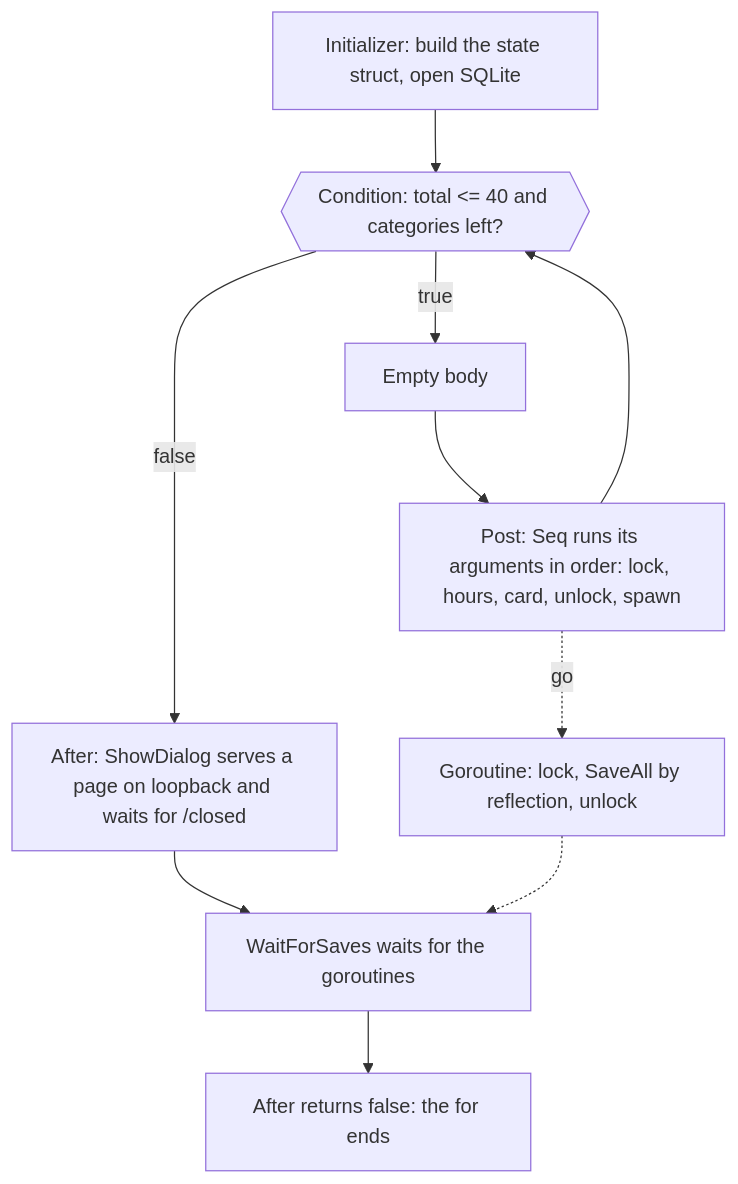
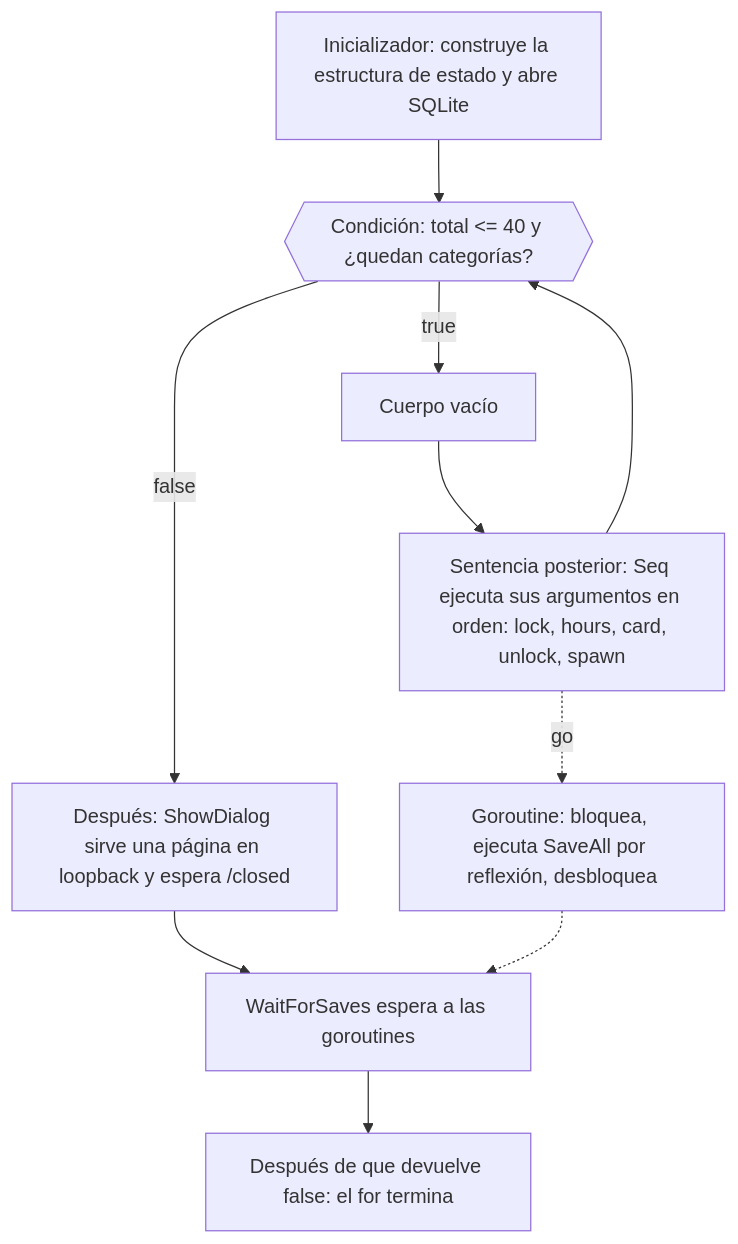
Before and after one commit to dullroar/aprende-a-programar-como-un-bicho-raro: the diagram in src/GoChallenge1/README.md, drawn with Mermaid. The commit also changed other lines of this file and 17 other files, not shown here.

````diff
--- a/src/GoChallenge1/README.md
+++ b/src/GoChallenge1/README.md
@@ -68,14 +68,14 @@
 ```mermaid
 flowchart TD
-    accTitle: GoChallenge1: one for statement, a goroutine and a dialog served over HTTP
-    accDescr: A flowchart. The initializer builds a state struct and opens the repository. The condition is true while the total is 40 or less and categories remain. Then the empty body runs, and the post statement runs Seq, which locks, adds hours, stages a card, unlocks, and starts a goroutine that saves the staged cards. When the condition is false, After runs ShowDialog, which serves a page and waits for the browser to post that it closed, then WaitForSaves waits for the goroutines, and the condition returns false so the for ends.
-    A["Initializer: build the state struct, open SQLite"] --> B{{"Condition: total <= 40 and categories left?"}}
-    B -->|true| C["Empty body"]
-    C --> D["Post: Seq runs its arguments in order: lock, hours, card, unlock, spawn"]
+    accTitle: GoChallenge1: una sola sentencia for, una goroutine y un diálogo servido por HTTP
+    accDescr: Un diagrama de flujo. El inicializador crea una estructura de estado y abre el repositorio. La condición es verdadera mientras el total no pase de 40 y queden categorías. Entonces se ejecuta el cuerpo vacío, y la sentencia posterior ejecuta Seq, que bloquea, suma horas, prepara una tarjeta, desbloquea e inicia una goroutine que guarda las tarjetas preparadas. Cuando la condición es falsa, After ejecuta ShowDialog, que sirve una página y espera a que el navegador envíe por POST el aviso de que se cerró. Después WaitForSaves espera a las goroutines, y la condición devuelve falso para que el for termine.
+    A["Inicializador: construye la estructura de estado y abre SQLite"] --> B{{"Condición: total <= 40 y ¿quedan categorías?"}}
+    B -->|true| C["Cuerpo vacío"]
+    C --> D["Sentencia posterior: Seq ejecuta sus argumentos en orden: lock, hours, card, unlock, spawn"]
     D --> B
-    D -.->|go| G["Goroutine: lock, SaveAll by reflection, unlock"]
-    B -->|false| E["After: ShowDialog serves a page on loopback and waits for /closed"]
-    E --> W["WaitForSaves waits for the goroutines"]
+    D -.->|go| G["Goroutine: bloquea, ejecuta SaveAll por reflexión, desbloquea"]
+    B -->|false| E["Después: ShowDialog sirve una página en loopback y espera /closed"]
+    E --> W["WaitForSaves espera a las goroutines"]
     G -.-> W
-    W --> X["After returns false: the for ends"]
+    W --> X["Después de que devuelve false: el for termina"]
 ```
````
